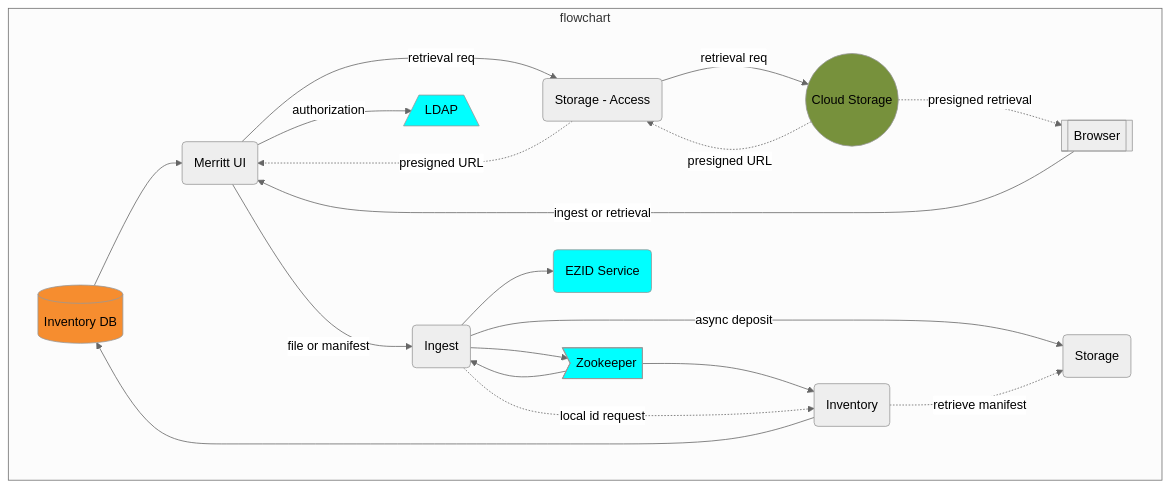
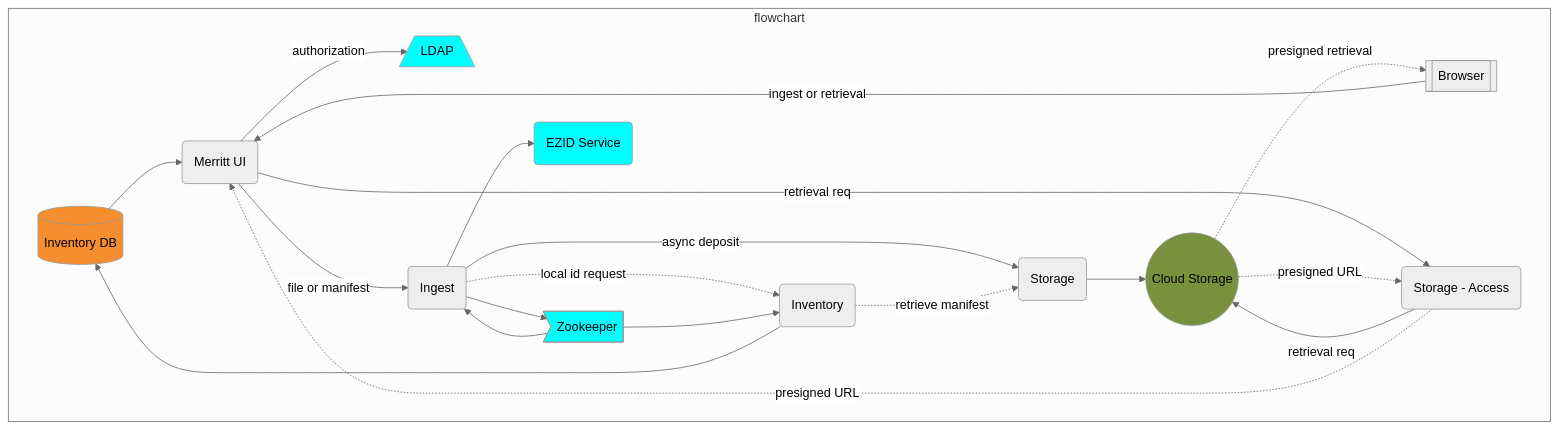
One commit to CDLUC3/mrt-doc changed the diagram in diagrams/overview-core.mmd. Above: the diagram before and after it, drawn with Mermaid. The commit also changed 16 other files, not shown here.

Commit message:
create mermaid walkthrough

```diff
--- a/diagrams/overview-core.mmd
+++ b/diagrams/overview-core.mmd
@@ -1,47 +1,50 @@
 %%{init: {'theme': 'neutral', 'securityLevel': 'loose'}}%%
 graph TD
   RDS[(Inventory DB)]
   UI("Merritt UI")
   click UI href "https://github.com/CDLUC3/mrt-dashboard" "source code"
   ING(Ingest)
   click ING href "https://github.com/CDLUC3/mrt-ingest" "source code"
   ST(Storage)
   click ST href "https://github.com/CDLUC3/mrt-store" "source code"
   STACC(Storage - Access)
   click STACC href "https://github.com/CDLUC3/mrt-store" "source code"
   INV(Inventory)
   click INV href "https://github.com/CDLUC3/mrt-inventory" "source code"
   CLOUD(("Cloud Storage"))
   click INV href "https://github.com/CDLUC3/mrt-cloud" "source code"
   LDAP[/LDAP\]
   ZOO>Zookeeper]
   click ZOO href "https://github.com/CDLUC3/mrt-zoo" "source code"
   EZID(EZID Service)
   click EZID href "https://ezid.cdlib.org/" "service link"
   BROWSER[[Browser]]
 
   subgraph flowchart
     BROWSER --> |ingest or retrieval| UI
+    UI --> |authorization| LDAP
     RDS --> UI
     UI --> |"file or manifest"| ING
-    UI --> |authorization| LDAP
-    ING --> |"async deposit"| ST
     ING --> ZOO
     ZOO --> ING
+    ING -.-> |local id request| INV
+    ING --> EZID
+    ING --> |"async deposit"| ST
+    ST --> CLOUD
+    INV -.-> |retrieve manifest| ST
     ZOO --> INV
+    INV --> RDS
     UI ---> |retrieval req| STACC
-    INV --> RDS
     STACC --> |retrieval req| CLOUD
     CLOUD -.-> |presigned URL| STACC
     STACC -.-> |presigned URL| UI
-    ING --> EZID
     CLOUD -.-> |presigned retrieval| BROWSER
-    ING -.-> |local id request| INV
-    INV -.-> |retrieve manifest| ST
   end
 
   style CLOUD fill:#77913C
   style RDS fill:#F68D2F
   style LDAP fill:cyan
   style ZOO fill:cyan
   style EZID fill:cyan
+  
+  classDef FOCUS stroke:red,stroke-width:5px,fill:yellow
```
